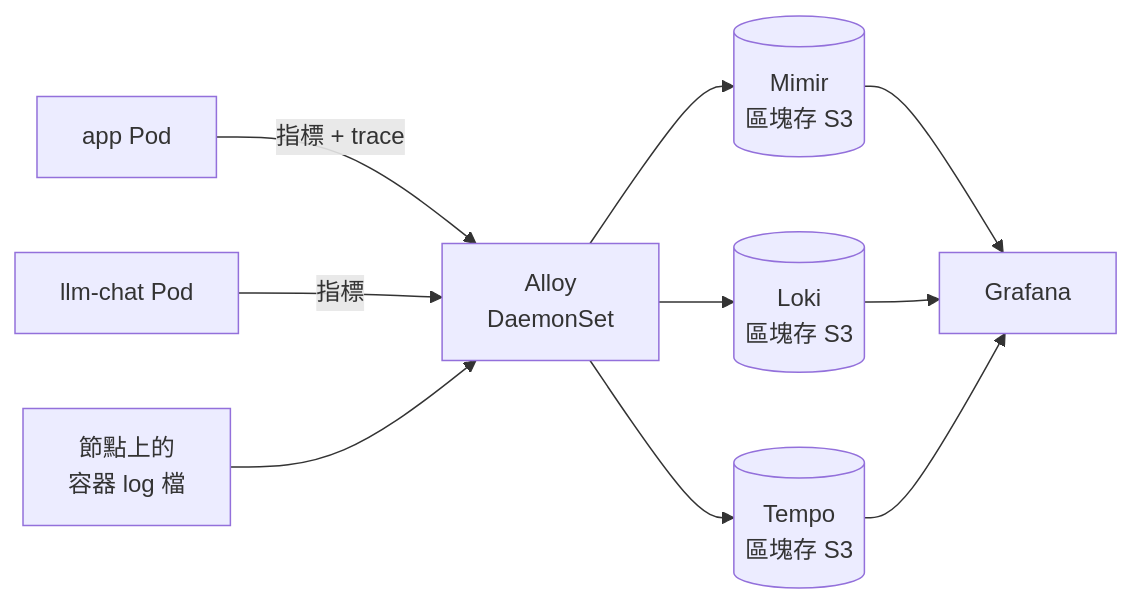
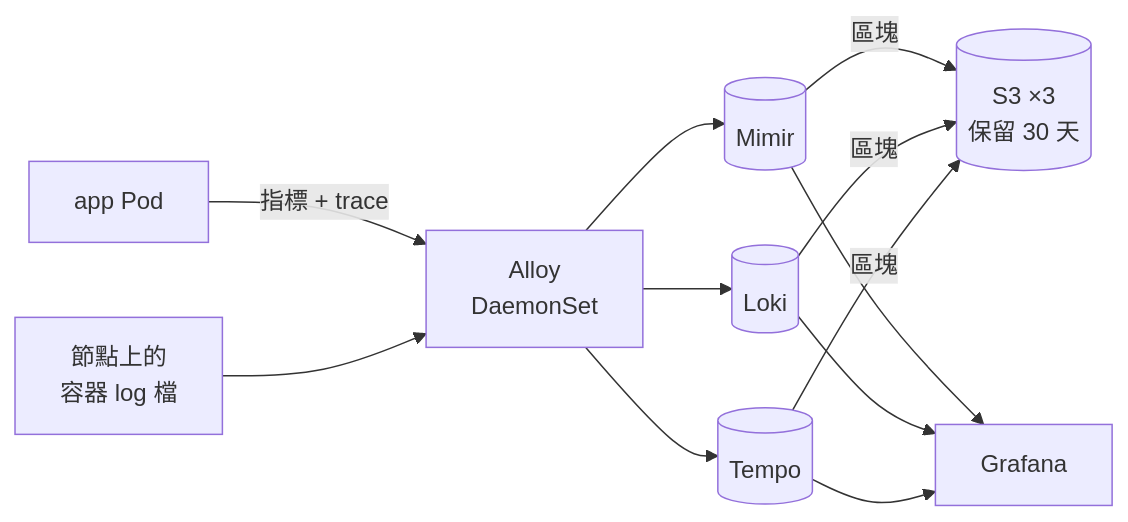
Before and after one commit to Anderson-chen/talkcal: the third of 3 diagrams in infra/envs/2-eks/README.md, drawn with Mermaid. The commit also changed other lines of this file and 1 other file, not shown here.

````diff
--- a/infra/envs/2-eks/README.md
+++ b/infra/envs/2-eks/README.md
@@ -41,12 +42,8 @@
 ```mermaid
 flowchart LR
     app["app Pod"] -->|"指標 + trace"| alloy["Alloy<br/>DaemonSet"]
-    llm["llm-chat Pod"] -->|"指標"| alloy
     logs["節點上的<br/>容器 log 檔"] --> alloy
-    alloy --> mimir[("Mimir<br/>區塊存 S3")]
-    alloy --> loki[("Loki<br/>區塊存 S3")]
-    alloy --> tempo[("Tempo<br/>區塊存 S3")]
-    mimir --> grafana["Grafana"]
-    loki --> grafana
-    tempo --> grafana
+    alloy --> mimir[("Mimir")] & loki[("Loki")] & tempo[("Tempo")]
+    mimir & loki & tempo -->|"區塊"| s3o[("S3 ×3<br/>保留 30 天")]
+    mimir & loki & tempo --> grafana["Grafana"]
 ```
````
